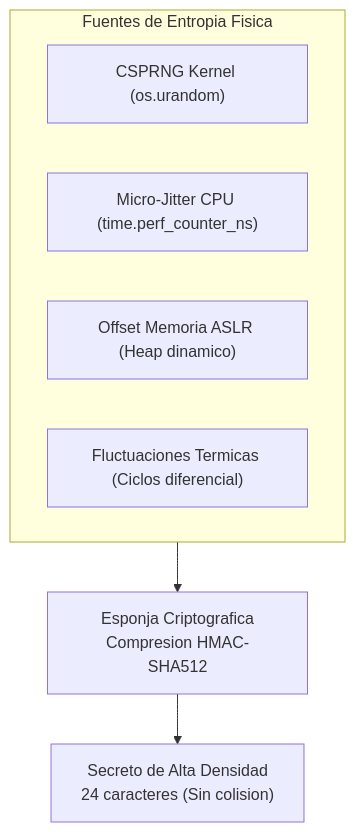
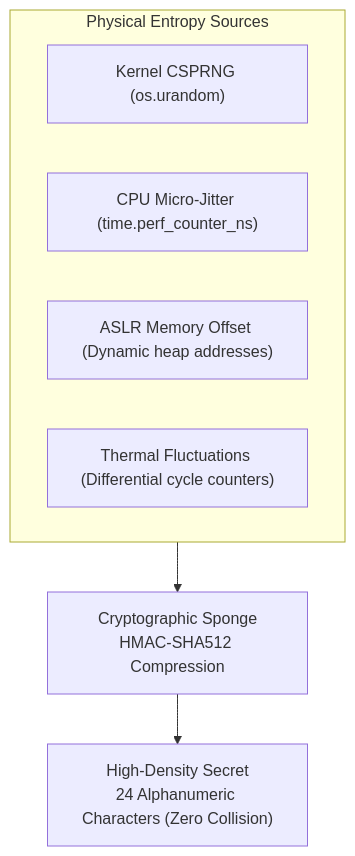
The third of 4 diagrams in ARCHITECTURE.md (isora-cloud-group/stratum-hub), drawn with Mermaid before and after one commit. The commit also changed other lines of this file and 7 other files, not shown here.

````diff
--- a/ARCHITECTURE.md
+++ b/ARCHITECTURE.md
@@ -106,15 +108,15 @@
 ```mermaid
 flowchart TD
-    subgraph Fuentes ["Fuentes de Entropia Fisica"]
-        S1["CSPRNG Kernel (os.urandom)"]
-        S2["Micro-Jitter CPU (time.perf_counter_ns)"]
-        S3["Offset Memoria ASLR (Heap dinamico)"]
-        S4["Fluctuaciones Termicas (Ciclos diferencial)"]
+    subgraph Sources ["Physical Entropy Sources"]
+        S1["Kernel CSPRNG (os.urandom)"]
+        S2["CPU Micro-Jitter (time.perf_counter_ns)"]
+        S3["ASLR Memory Offset (Dynamic heap addresses)"]
+        S4["Thermal Fluctuations (Differential cycle counters)"]
     end
 
-    SPONGE["Esponja Criptografica<br/>Compresion HMAC-SHA512"]
-    OUT["Secreto de Alta Densidad<br/>24 caracteres (Sin colision)"]
+    SPONGE["Cryptographic Sponge<br/>HMAC-SHA512 Compression"]
+    OUT["High-Density Secret<br/>24 Alphanumeric Characters (Zero Collision)"]
 
-    Fuentes --> SPONGE
+    Sources --> SPONGE
     SPONGE --> OUT
 ```
````
